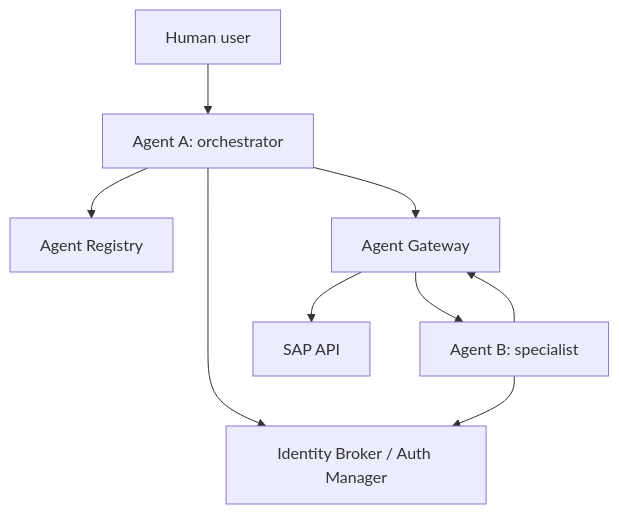
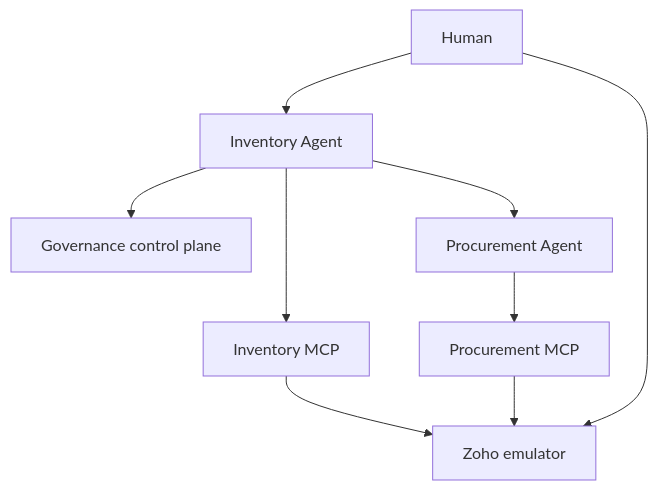
The first of 3 diagrams in ARCHITECTURE.md (tadinve/A2A_governance), drawn with Mermaid before and after one commit. The commit also changed other lines of this file and 28 other files, not shown here.

````diff
--- a/ARCHITECTURE.md
+++ b/ARCHITECTURE.md
@@ -5,11 +15,11 @@
 ```mermaid
 flowchart TD
-    U["Human user"] --> A["Agent A: orchestrator"]
-    A --> R["Agent Registry"]
-    A --> I["Identity Broker / Auth Manager"]
-    A --> G["Agent Gateway"]
-    G --> B["Agent B: specialist"]
-    B --> I
-    B --> G
-    G --> S["SAP API"]
+    U["Human"] --> IA["Inventory Agent"]
+    IA --> C["Governance control plane"]
+    IA --> IM["Inventory MCP"]
+    IA --> PA["Procurement Agent"]
+    PA --> PM["Procurement MCP"]
+    IM --> Z["Zoho emulator"]
+    PM --> Z
+    U --> Z
 ```
````
